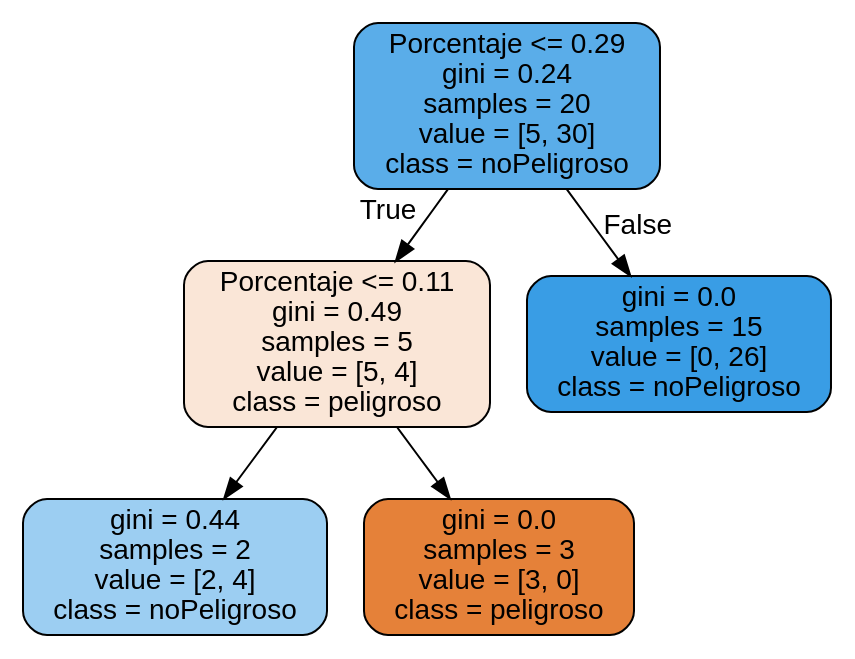
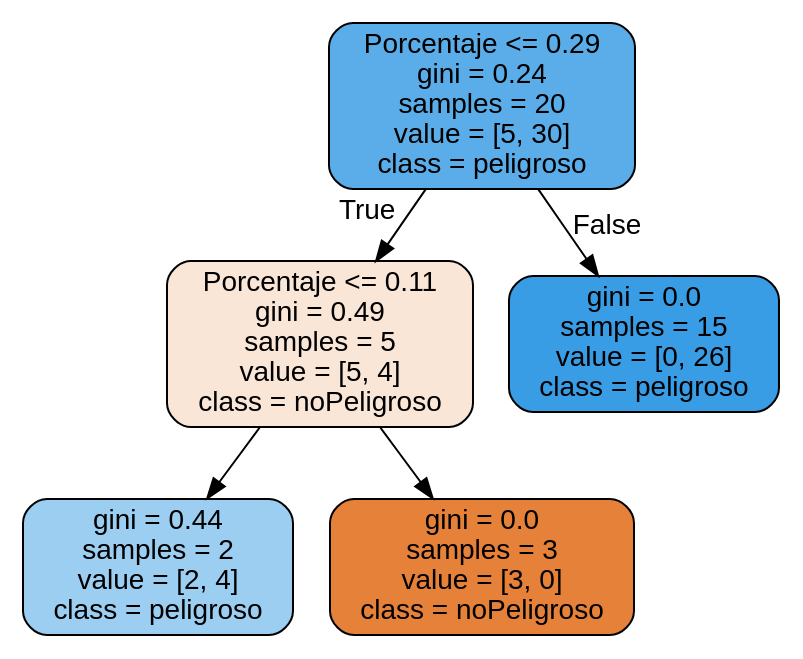
Before and after one commit to edupasc/SI-Practicas: the diagram in CRM/tree.dot, drawn with Graphviz. The commit also changed 15 other files, not shown here.

```diff
--- a/CRM/tree.dot
+++ b/CRM/tree.dot
@@ -1,13 +1,13 @@
 digraph Tree {
 node [shape=box, style="filled, rounded", color="black", fontname="helvetica"] ;
 edge [fontname="helvetica"] ;
-0 [label="Porcentaje <= 0.29\ngini = 0.24\nsamples = 20\nvalue = [5, 30]\nclass = noPeligroso", fillcolor="#5aade9"] ;
-1 [label="Porcentaje <= 0.11\ngini = 0.49\nsamples = 5\nvalue = [5, 4]\nclass = peligroso", fillcolor="#fae6d7"] ;
+0 [label="Porcentaje <= 0.29\ngini = 0.24\nsamples = 20\nvalue = [5, 30]\nclass = peligroso", fillcolor="#5aade9"] ;
+1 [label="Porcentaje <= 0.11\ngini = 0.49\nsamples = 5\nvalue = [5, 4]\nclass = noPeligroso", fillcolor="#fae6d7"] ;
 0 -> 1 [labeldistance=2.5, labelangle=45, headlabel="True"] ;
-2 [label="gini = 0.44\nsamples = 2\nvalue = [2, 4]\nclass = noPeligroso", fillcolor="#9ccef2"] ;
+2 [label="gini = 0.44\nsamples = 2\nvalue = [2, 4]\nclass = peligroso", fillcolor="#9ccef2"] ;
 1 -> 2 ;
-3 [label="gini = 0.0\nsamples = 3\nvalue = [3, 0]\nclass = peligroso", fillcolor="#e58139"] ;
+3 [label="gini = 0.0\nsamples = 3\nvalue = [3, 0]\nclass = noPeligroso", fillcolor="#e58139"] ;
 1 -> 3 ;
-4 [label="gini = 0.0\nsamples = 15\nvalue = [0, 26]\nclass = noPeligroso", fillcolor="#399de5"] ;
+4 [label="gini = 0.0\nsamples = 15\nvalue = [0, 26]\nclass = peligroso", fillcolor="#399de5"] ;
 0 -> 4 [labeldistance=2.5, labelangle=-45, headlabel="False"] ;
 }
```
